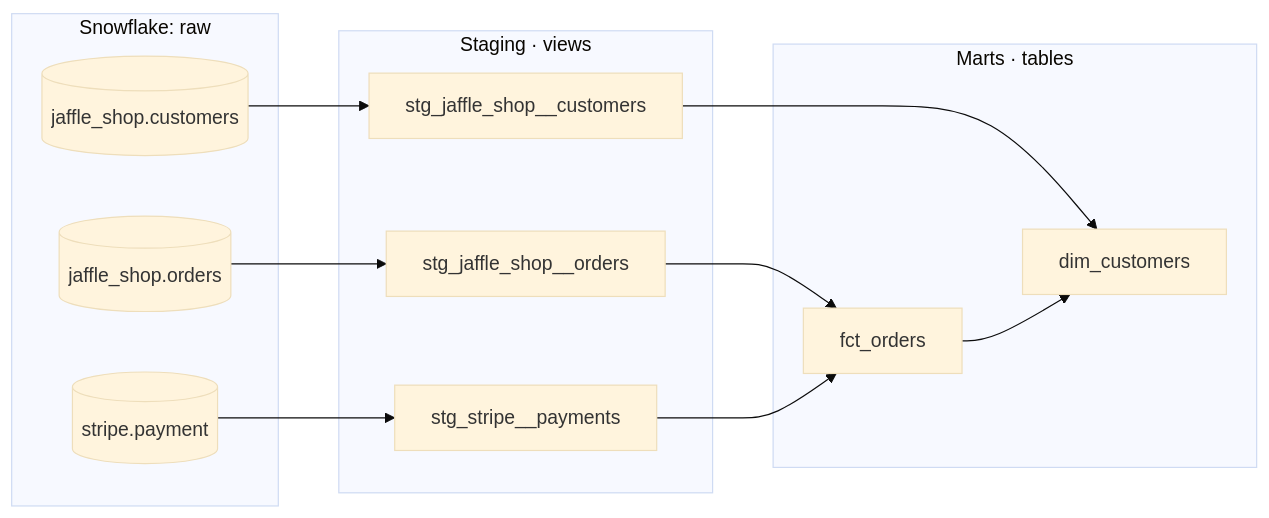
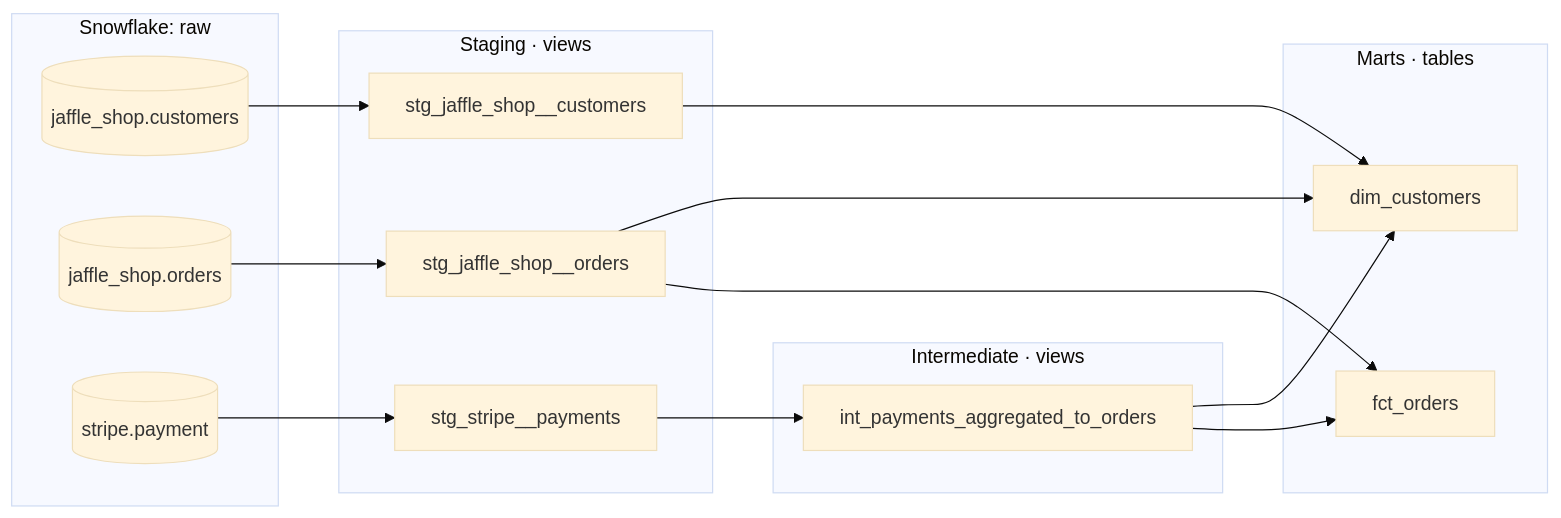
One commit to jfriedhoff/dbt-Fundamentals-dbt-Studio changed the diagram in README.md. Above: the diagram before and after it, drawn with Mermaid (base theme). The commit also changed other lines of this file and 5 other files, not shown here.

````diff
--- a/README.md
+++ b/README.md
@@ -9,24 +9,29 @@
 ```mermaid
 flowchart LR
     subgraph raw [Snowflake: raw]
         c[(jaffle_shop.customers)]
         o[(jaffle_shop.orders)]
         p[(stripe.payment)]
     end
     subgraph staging [Staging · views]
         sc[stg_jaffle_shop__customers]
         so[stg_jaffle_shop__orders]
         sp[stg_stripe__payments]
     end
+    subgraph intermediate [Intermediate · views]
+        ip[int_payments_aggregated_to_orders]
+    end
     subgraph marts [Marts · tables]
         fo[fct_orders]
         dc[dim_customers]
     end
     c --> sc
     o --> so
     p --> sp
+    sp --> ip
     so --> fo
-    sp --> fo
+    ip --> fo
     sc --> dc
-    fo --> dc
+    so --> dc
+    ip --> dc
 ```
````
